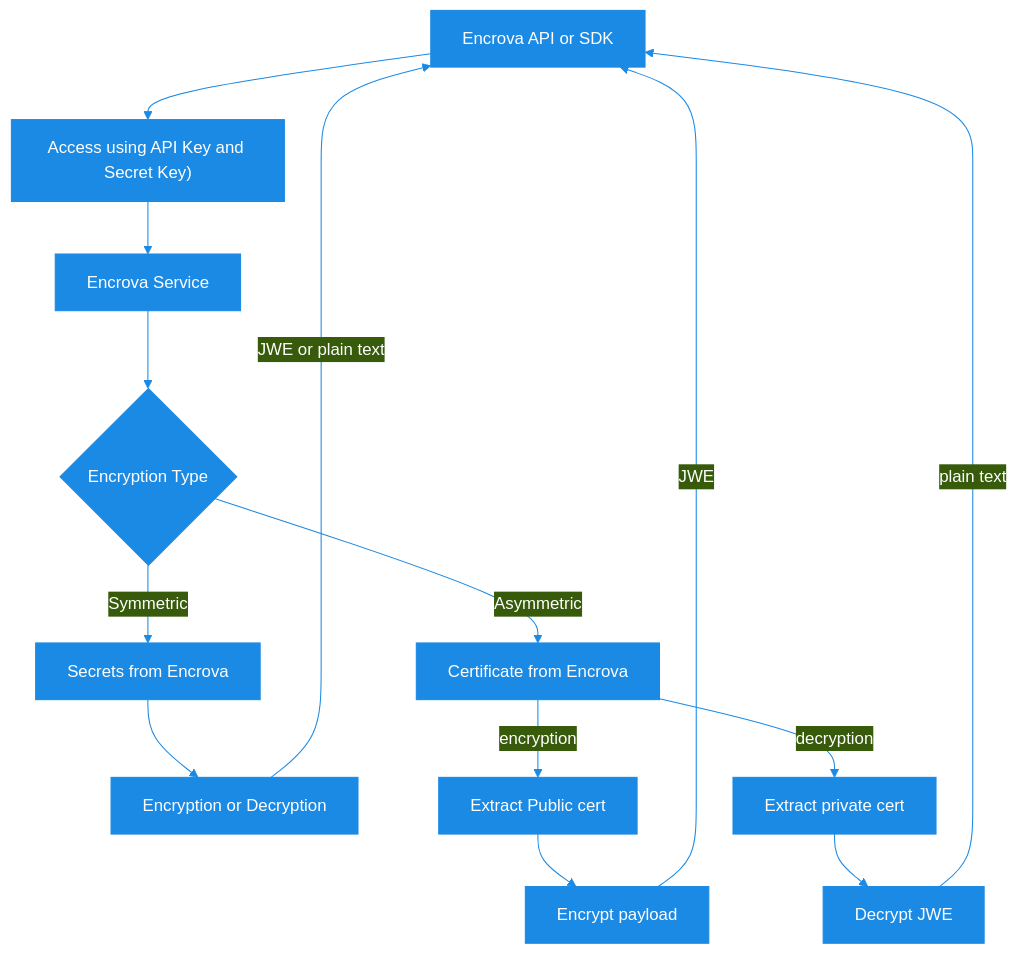
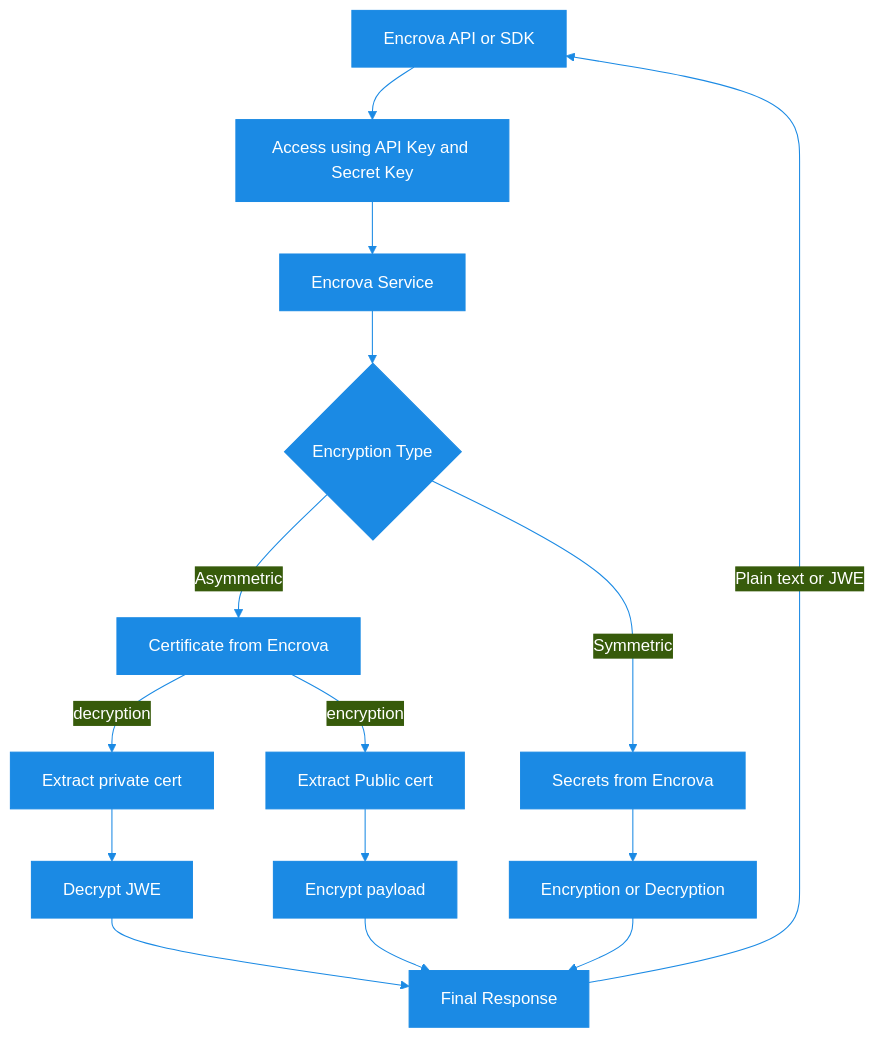
The second of 2 diagrams in api-reference/overview/workflow.mdx (SumitPugalia/docs), drawn with Mermaid before and after one commit. The commit also changed other lines of this file and 2 other files, not shown here.

Commit message:
enchanced doc visiblity

````diff
--- a/api-reference/overview/workflow.mdx
+++ b/api-reference/overview/workflow.mdx
@@ -59,29 +58,32 @@
 ```mermaid
 %%{
     init: {
     'theme': 'base',
     'themeVariables': {
     'primaryColor': '#1b8ae4',
     'primaryTextColor': '#fff',
     'primaryBorderColor': '#1b8ae4',
     'lineColor': '#1b8ae4',
     'tertiaryColor': '#fff',
     'darkMode' : 'true'
 }
 }
 }%%
 flowchart TD
-    B["Encrova API or SDK"] --> C["Access using API Key and Secret Key)"]
+    B["Encrova API or SDK"] --> C["Access using API Key and Secret Key"]
     C  --> D["Encrova Service"]
     D  --> E{"Encryption Type"}
     E -- Symmetric--> F[Secrets from Encrova]
     E -- Asymmetric--> G[Certificate from Encrova]
     F-->H[Encryption or Decryption]
     G-- encryption -->I[Extract Public cert]
     I-->J[Encrypt payload]
     G-- decryption -->K[Extract private cert]
     K -->L[Decrypt JWE]
-    L--plain text-->B
-    J--JWE-->B
-    H--JWE or plain text-->B
+    L -->N[Final Response]
+    J-->N
+    N--Plain text or JWE-->B
+    H-->N
+
+
 ```
````
